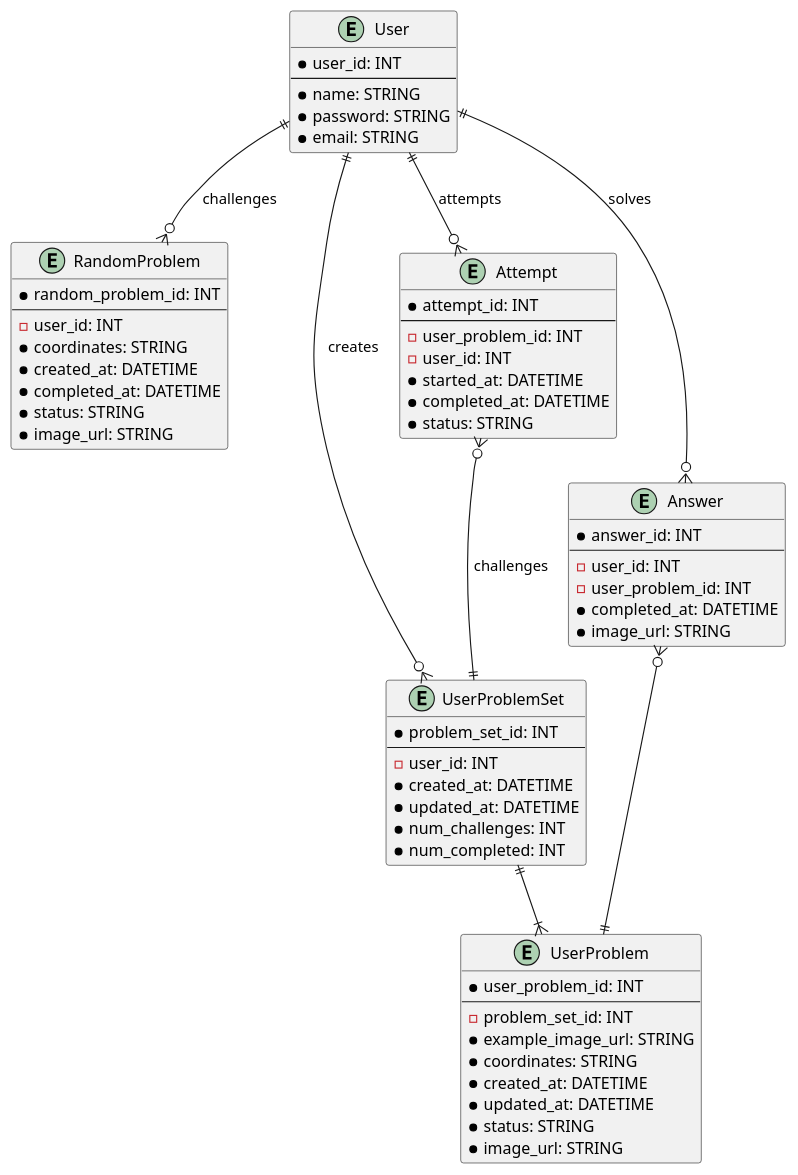
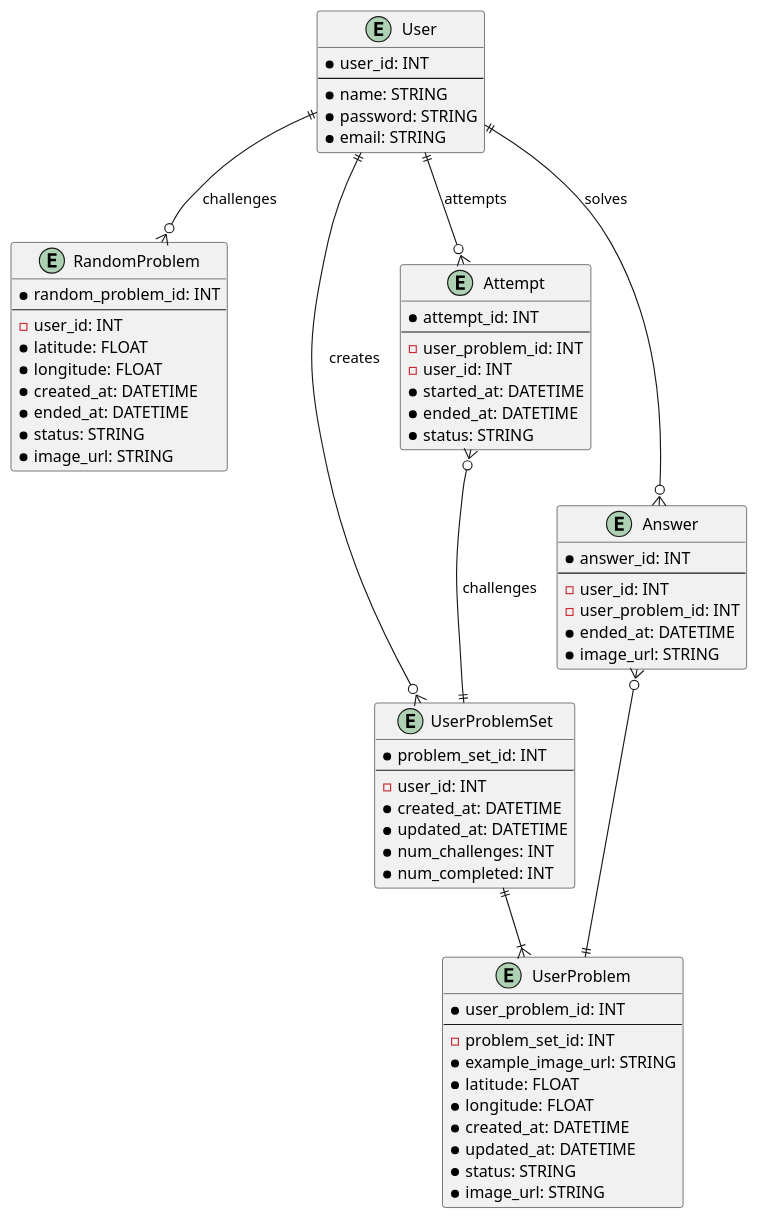
Before and after one commit to ZEROYON04/0810hackathon-back: the diagram in docs/db_schema_all.puml, drawn with PlantUML. The commit also changed 3 other files, not shown here.

```diff
--- a/docs/db_schema_all.puml
+++ b/docs/db_schema_all.puml
@@ -1,71 +1,73 @@
 @startuml db_schema
 
 entity "User" as user {
   * user_id: INT
   --
   * name: STRING
   * password: STRING
   * email: STRING
 }
 
 entity "RandomProblem" as RProblem {
   * random_problem_id: INT
   --
   - user_id: INT
-  * coordinates: STRING
+  * latitude: FLOAT
+  * longitude: FLOAT
   * created_at: DATETIME
-  * completed_at: DATETIME
+  * ended_at: DATETIME
   * status: STRING
   * image_url: STRING
 }
 
 entity "UserProblemSet" as PSet {
   * problem_set_id: INT
   --
   - user_id: INT
   * created_at: DATETIME
   * updated_at: DATETIME
   * num_challenges: INT
   * num_completed: INT
 }
 
 entity "UserProblem" as UProblem {
   * user_problem_id: INT
   --
   - problem_set_id: INT
   * example_image_url: STRING
-  * coordinates: STRING
+  * latitude: FLOAT
+  * longitude: FLOAT
   * created_at: DATETIME
   * updated_at: DATETIME
   * status: STRING
   * image_url: STRING
 }
 
 entity "Attempt" as attempt {
   * attempt_id: INT
   --
   - user_problem_id: INT
   - user_id: INT
   * started_at: DATETIME
-  * completed_at: DATETIME
+  * ended_at: DATETIME
   * status: STRING
 }
 
 entity "Answer" as answer {
   * answer_id: INT
   --
   - user_id: INT
   - user_problem_id: INT
-  * completed_at: DATETIME
+  * ended_at: DATETIME
   * image_url: STRING
 }
 
 
 user ||--o{ RProblem : challenges
 user ||--o{ PSet : creates
 user ||--o{ attempt : attempts
 attempt}o--|| PSet : challenges
 user ||--o{ answer : solves
 answer }o--|| UProblem
 PSet ||--|{ UProblem
 @enduml
```
